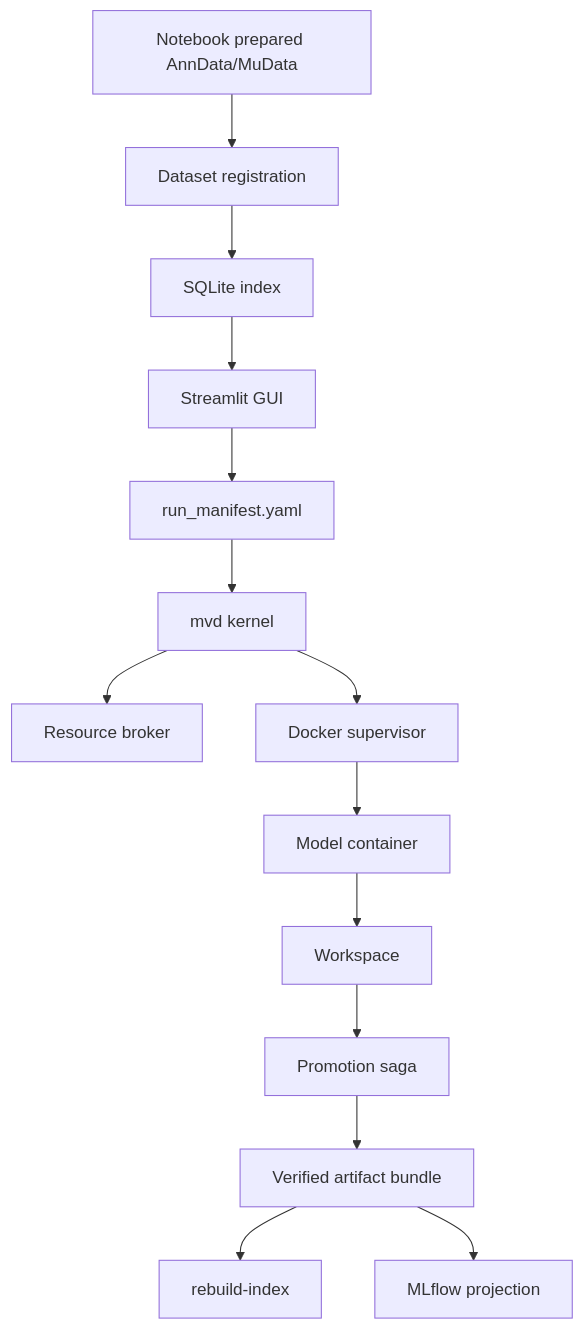
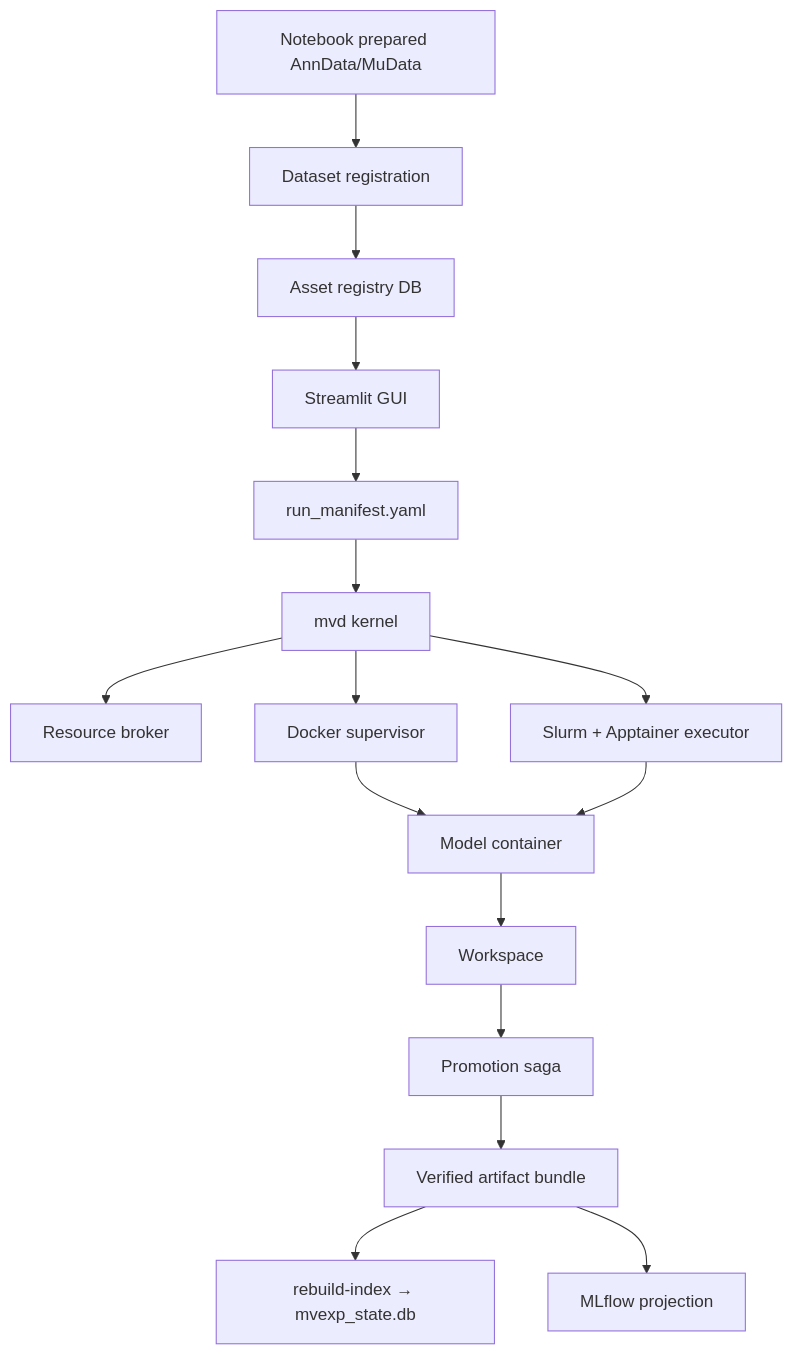
The diagram in docs/ARCHITECTURE.md (sifrimlab/multiverse), drawn with Mermaid before and after one commit. The commit also changed other lines of this file and 86 other files, not shown here.

````diff
--- a/docs/ARCHITECTURE.md
+++ b/docs/ARCHITECTURE.md
@@ -17,16 +18,18 @@
 ```mermaid
 flowchart TD
     A[Notebook prepared AnnData/MuData] --> B[Dataset registration]
-    B --> C[SQLite index]
+    B --> C[Asset registry DB]
     C --> D[Streamlit GUI]
     D --> E[run_manifest.yaml]
     E --> F[mvd kernel]
     F --> G[Resource broker]
-    F --> H[Docker supervisor]
-    H --> I[Model container]
+    F --> H1[Docker supervisor]
+    F --> H2[Slurm + Apptainer executor]
+    H1 --> I[Model container]
+    H2 --> I
     I --> J[Workspace]
     J --> K[Promotion saga]
     K --> L[Verified artifact bundle]
-    L --> M[rebuild-index]
+    L --> M[rebuild-index → mvexp_state.db]
     L --> N[MLflow projection]
 ```
````
